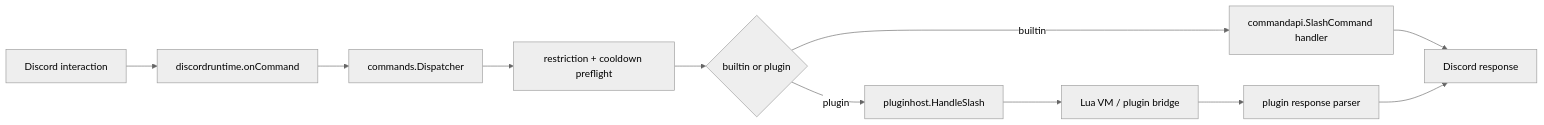
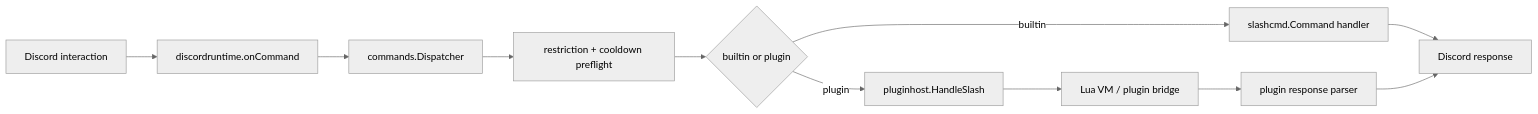
One commit to xsyetopz/go-mamacord changed the third of 11 diagrams in docs/architecture-audit-2026-05-23.md. Above: the diagram before and after it, drawn with Mermaid (neutral theme). The commit also changed other lines of this file and 417 other files, not shown here.

Commit message:
Refactor runtime and move to Postgres-only architecture

````diff
--- a/docs/architecture-audit-2026-05-23.md
+++ b/docs/architecture-audit-2026-05-23.md
@@ -101,13 +107,13 @@
 ```mermaid
 flowchart LR
     A[Discord interaction] --> B[discordruntime.onCommand]
     B --> C[commands.Dispatcher]
     C --> D[restriction + cooldown preflight]
     D --> E{builtin or plugin}
-    E -->|builtin| F[commandapi.SlashCommand handler]
+    E -->|builtin| F[slashcmd.Command handler]
     E -->|plugin| G[pluginhost.HandleSlash]
     G --> H[Lua VM / plugin bridge]
     H --> I[plugin response parser]
     F --> J[Discord response]
     I --> J
 ```
````
